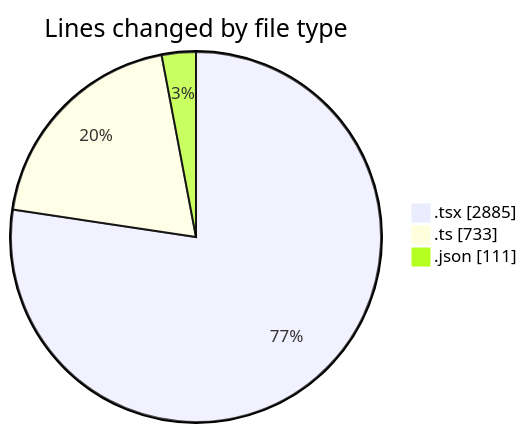
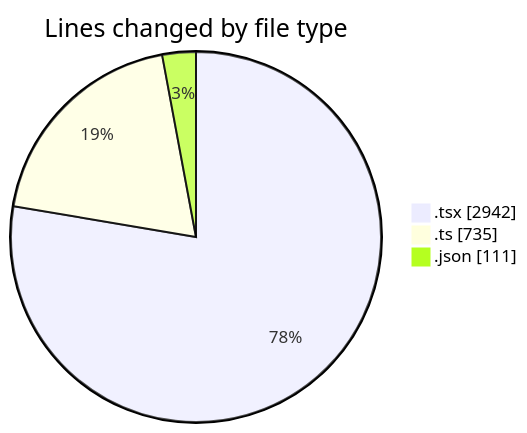
One commit to julien-gomy/code-tracking changed the first of 2 diagrams in 2025-11-08/eventscop-frontend-guide__workspace_/README.md. Above: the diagram before and after it, drawn with Mermaid. The commit also changed other lines of this file and 1 other file, not shown here.

````diff
--- a/2025-11-08/eventscop-frontend-guide__workspace_/README.md
+++ b/2025-11-08/eventscop-frontend-guide__workspace_/README.md
@@ -51,7 +52,7 @@
 ```mermaid
 pie showData
 title Lines changed by file type
-".tsx" : 2885
-".ts" : 733
+".tsx" : 2942
+".ts" : 735
 ".json" : 111
 ```
````
